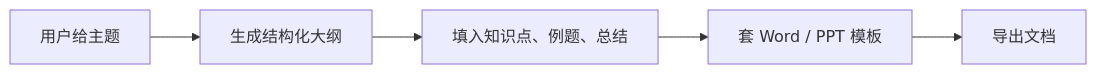
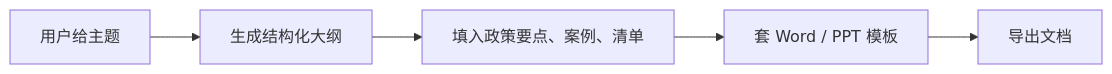
The diagram in i18n/zh-Hans/docusaurus-plugin-content-docs/current/ch08-rag/ch03-app-dev/08-template-doc-generation.md (oudbiao/AI-fullstack-course), drawn with Mermaid before and after one commit. The commit also changed other lines of this file and 11 other files, not shown here.

````diff
--- a/i18n/zh-Hans/docusaurus-plugin-content-docs/current/ch08-rag/ch03-app-dev/08-template-doc-generation.md
+++ b/i18n/zh-Hans/docusaurus-plugin-content-docs/current/ch08-rag/ch03-app-dev/08-template-doc-generation.md
@@ -41,7 +41,7 @@
 ```mermaid
 flowchart LR
     A["用户给主题"] --> B["生成结构化大纲"]
-    B --> C["填入知识点、例题、总结"]
+    B --> C["填入政策要点、案例、清单"]
     C --> D["套 Word / PPT 模板"]
     D --> E["导出文档"]
 ```
````
